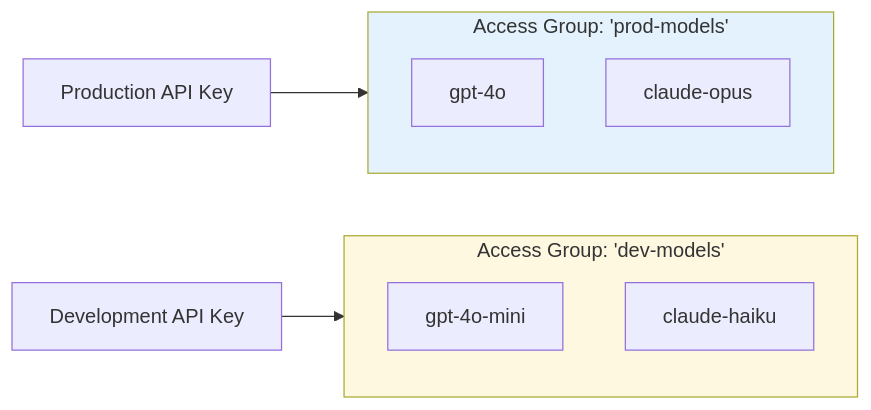
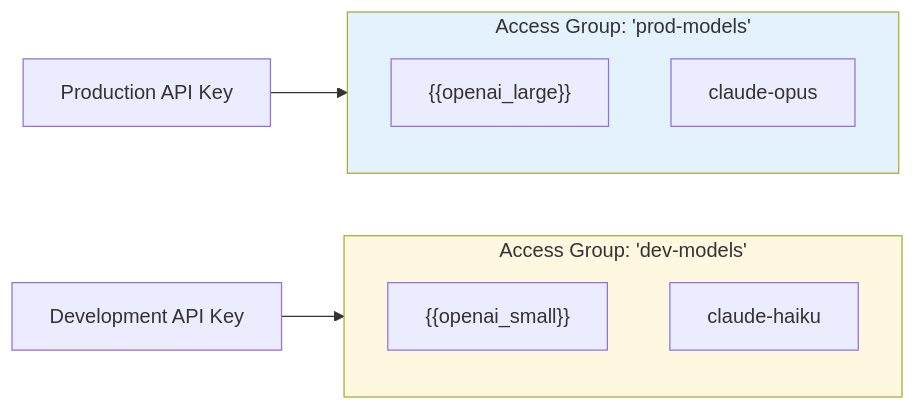
The diagram in docs/proxy/model_access_groups.md (BerriAI/litellm-docs), drawn with Mermaid before and after one commit. The commit also changed other lines of this file and 415 other files, not shown here.

````diff
--- a/docs/proxy/model_access_groups.md
+++ b/docs/proxy/model_access_groups.md
@@ -19,18 +19,18 @@
 ```mermaid
 graph LR
     subgraph AG1["Access Group: 'prod-models'"]
-        M1["gpt-4o"]
+        M1["{{openai_large}}"]
         M2["claude-opus"]
     end
     
     subgraph AG2["Access Group: 'dev-models'"]
-        M3["gpt-4o-mini"]
+        M3["{{openai_small}}"]
         M4["claude-haiku"]
     end
     
     K1["Production API Key"] --> AG1
     K2["Development API Key"] --> AG2
     
     style AG1 fill:#e3f2fd
     style AG2 fill:#fff8e1
 ```
````
